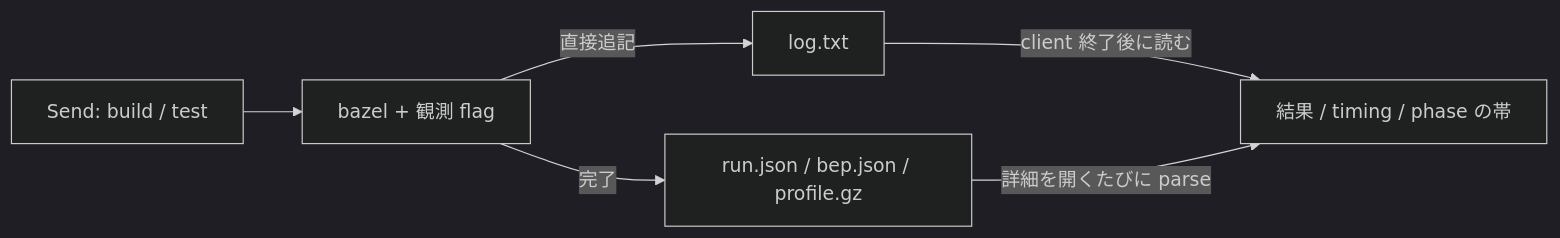
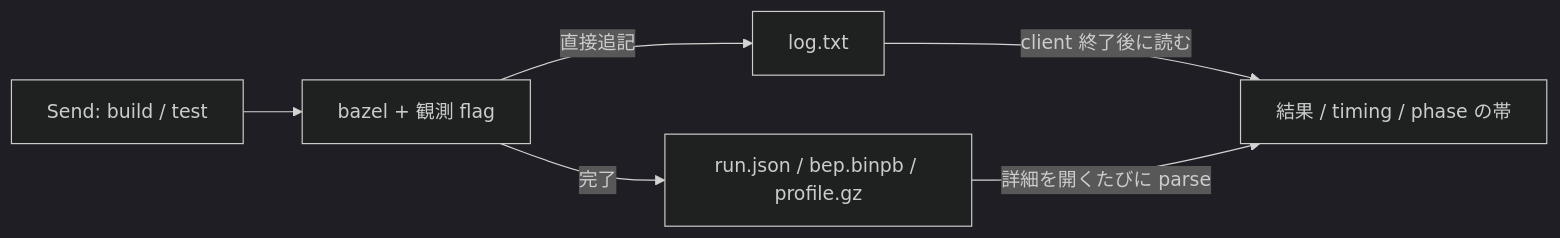
One commit to OhataKenji/zeal changed the diagram in docs/design/m2-run-detail.md. Above: the diagram before and after it, drawn with Mermaid (dark theme). The commit also changed other lines of this file and 20 other files, not shown here.

````diff
--- a/docs/design/m2-run-detail.md
+++ b/docs/design/m2-run-detail.md
@@ -48,8 +48,8 @@
 ```mermaid
 flowchart LR
     SEND["Send: build / test"] --> SPAWN["bazel + 観測 flag"]
     SPAWN -->|"直接追記"| LOG["log.txt"]
     LOG -->|"client 終了後に読む"| VIEW
-    SPAWN -->|"完了"| FILES["run.json / bep.json / profile.gz"]
+    SPAWN -->|"完了"| FILES["run.json / bep.binpb / profile.gz"]
     FILES -->|"詳細を開くたびに parse"| VIEW["結果 / timing / phase の帯"]
 ```
````
